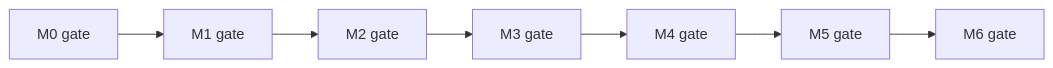
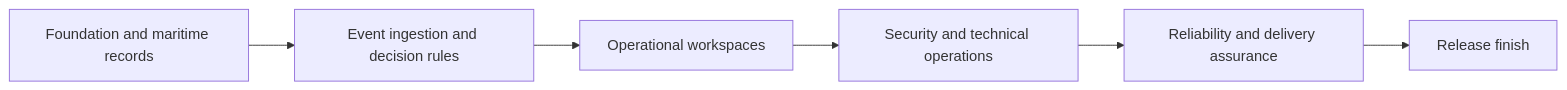
The first of 26 diagrams in docs/EXECUTION_GRAPH.md (ekamal22/HarborOps-Enterprise-Maritime-Logistics-IT-Operations-Platform), drawn with Mermaid before and after one commit. The commit also changed other lines of this file, not shown here.

Commit message:
Render scoped milestone execution graphs

````diff
--- a/docs/EXECUTION_GRAPH.md
+++ b/docs/EXECUTION_GRAPH.md
@@ -11,11 +28,10 @@
 ```mermaid
 flowchart LR
-  G0["M0 gate"]
-  G1["M1 gate"]
-  G2["M2 gate"]
-  G3["M3 gate"]
-  G4["M4 gate"]
-  G5["M5 gate"]
-  G6["M6 gate"]
-  G0 --> G1 --> G2 --> G3 --> G4 --> G5 --> G6
+  P0["Foundation and maritime records"]
+  P1["Event ingestion and decision rules"]
+  P2["Operational workspaces"]
+  P3["Security and technical operations"]
+  P4["Reliability and delivery assurance"]
+  P5["Release finish"]
+  P0 --> P1 --> P2 --> P3 --> P4 --> P5
 ```
````
